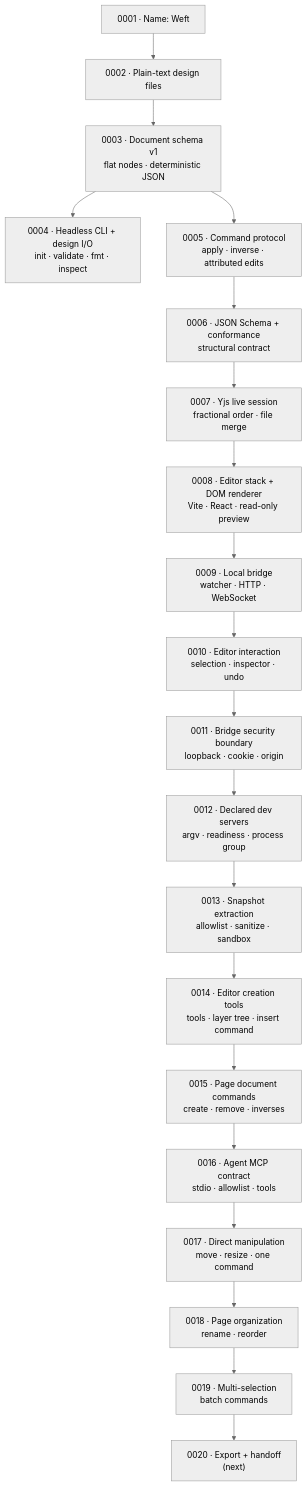
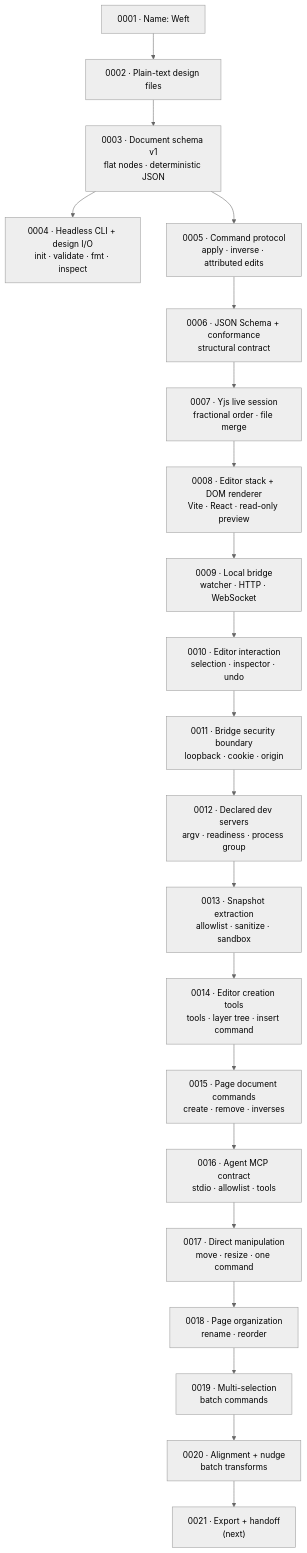
Before and after one commit to Pranesh-Selvaraj/Weft: the diagram in docs/decisions/README.md, drawn with Mermaid (neutral theme). The commit also changed other lines of this file and 12 other files, not shown here.

Commit message:
feat(editor): add alignment and keyboard nudge (#21)

````diff
--- a/docs/decisions/README.md
+++ b/docs/decisions/README.md
@@ -42,22 +43,23 @@
 ```mermaid
 graph TD
     A["0001 · Name: Weft"] --> B["0002 · Plain-text design files"]
     B --> C["0003 · Document schema v1<br/>flat nodes · deterministic JSON"]
     C --> D["0004 · Headless CLI + design I/O<br/>init · validate · fmt · inspect"]
     C --> E["0005 · Command protocol<br/>apply · inverse · attributed edits"]
     E --> F["0006 · JSON Schema + conformance<br/>structural contract"]
     F --> G["0007 · Yjs live session<br/>fractional order · file merge"]
     G --> H["0008 · Editor stack + DOM renderer<br/>Vite · React · read-only preview"]
     H --> I["0009 · Local bridge<br/>watcher · HTTP · WebSocket"]
     I --> J["0010 · Editor interaction<br/>selection · inspector · undo"]
     J --> K["0011 · Bridge security boundary<br/>loopback · cookie · origin"]
     K --> L["0012 · Declared dev servers<br/>argv · readiness · process group"]
     L --> M["0013 · Snapshot extraction<br/>allowlist · sanitize · sandbox"]
     M --> N["0014 · Editor creation tools<br/>tools · layer tree · insert command"]
     N --> O["0015 · Page document commands<br/>create · remove · inverses"]
     O --> P["0016 · Agent MCP contract<br/>stdio · allowlist · tools"]
     P --> Q["0017 · Direct manipulation<br/>move · resize · one command"]
     Q --> R["0018 · Page organization<br/>rename · reorder"]
     R --> S["0019 · Multi-selection<br/>batch commands"]
-    S --> T["0020 · Export + handoff<br/>(next)"]
+    S --> T["0020 · Alignment + nudge<br/>batch transforms"]
+    T --> U["0021 · Export + handoff<br/>(next)"]
 ```
````
